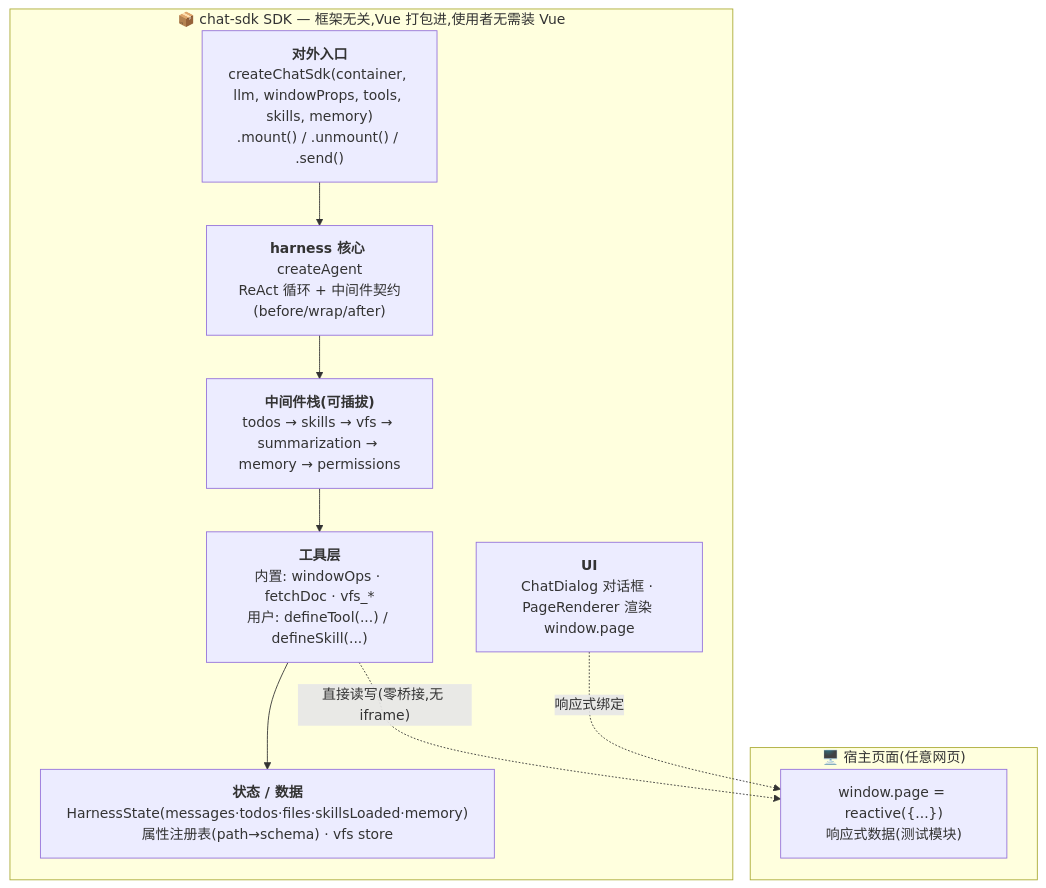
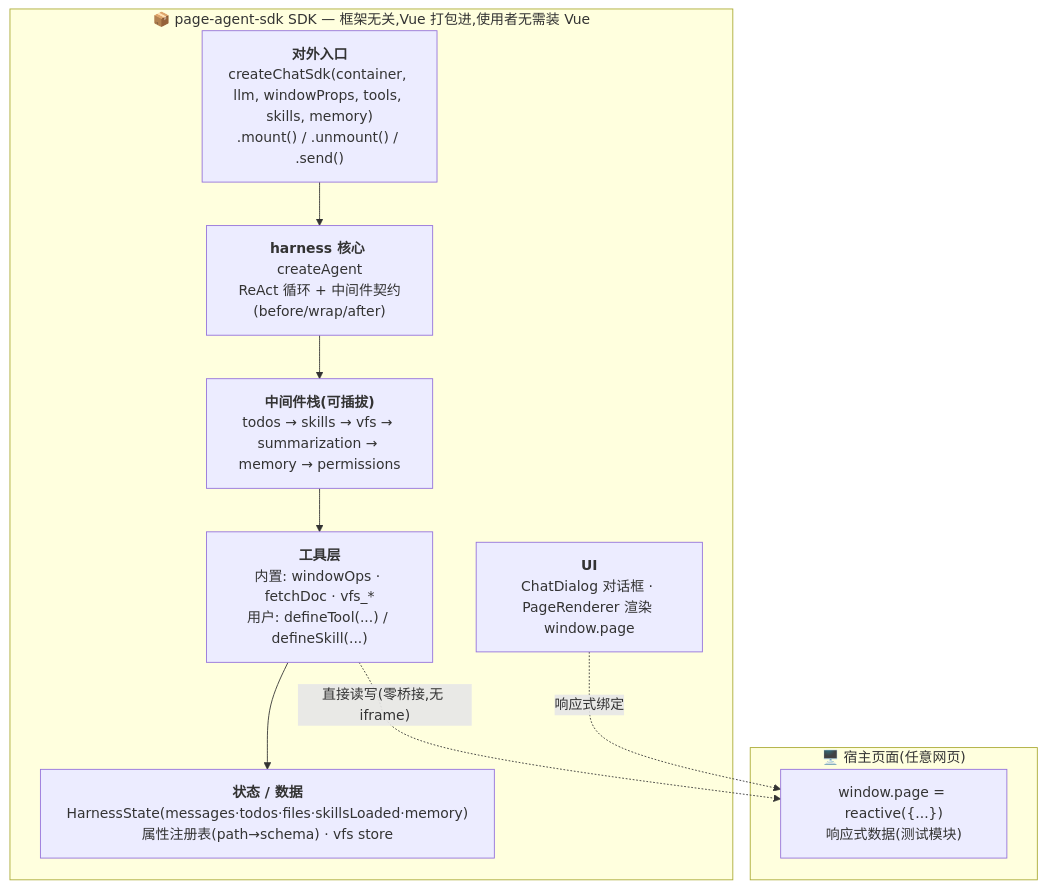
One commit to whyymj/chat-sdk changed the first of 3 diagrams in doc/architecture.md. Above: the diagram before and after it, drawn with Mermaid. The commit also changed other lines of this file and 28 other files, not shown here.

Commit message:
chore: 统一品牌名为 page-agent-sdk(文档标题/日志/dist 文件名) + 发布 1.0.2

````diff
--- a/doc/architecture.md
+++ b/doc/architecture.md
@@ -12,18 +12,18 @@
 ```mermaid
 flowchart TD
   subgraph Host["🖥️ 宿主页面(任意网页)"]
     WP["window.page = reactive({...})<br/>响应式数据(测试模块)"]
   end
 
-  subgraph SDK["📦 chat-sdk SDK — 框架无关,Vue 打包进,使用者无需装 Vue"]
+  subgraph SDK["📦 page-agent-sdk SDK — 框架无关,Vue 打包进,使用者无需装 Vue"]
     Entry["<b>对外入口</b><br/>createChatSdk(container, llm, windowProps, tools, skills, memory)<br/>.mount() / .unmount() / .send()"]
     Core["<b>harness 核心</b> createAgent<br/>ReAct 循环 + 中间件契约(before/wrap/after)"]
     MW["<b>中间件栈(可插拔)</b><br/>todos → skills → vfs → summarization → memory → permissions"]
     Tools["<b>工具层</b><br/>内置: windowOps · fetchDoc · vfs_*<br/>用户: defineTool(...) / defineSkill(...)"]
     State["<b>状态 / 数据</b><br/>HarnessState(messages·todos·files·skillsLoaded·memory)<br/>属性注册表(path→schema) · vfs store"]
     UI["<b>UI</b><br/>ChatDialog 对话框 · PageRenderer 渲染 window.page"]
     Entry --> Core --> MW --> Tools --> State
     Tools -. "直接读写(零桥接,无 iframe)" .-> WP
     UI -. "响应式绑定" .-> WP
   end
 ```
````
